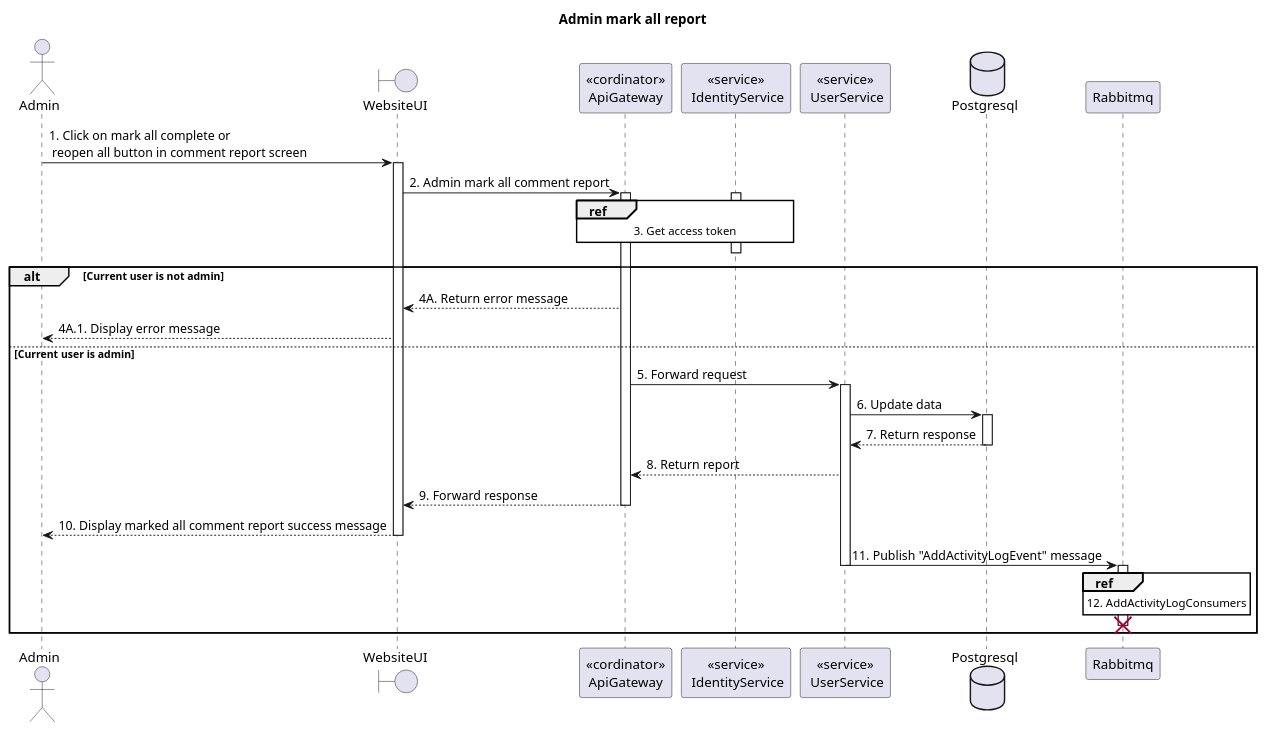
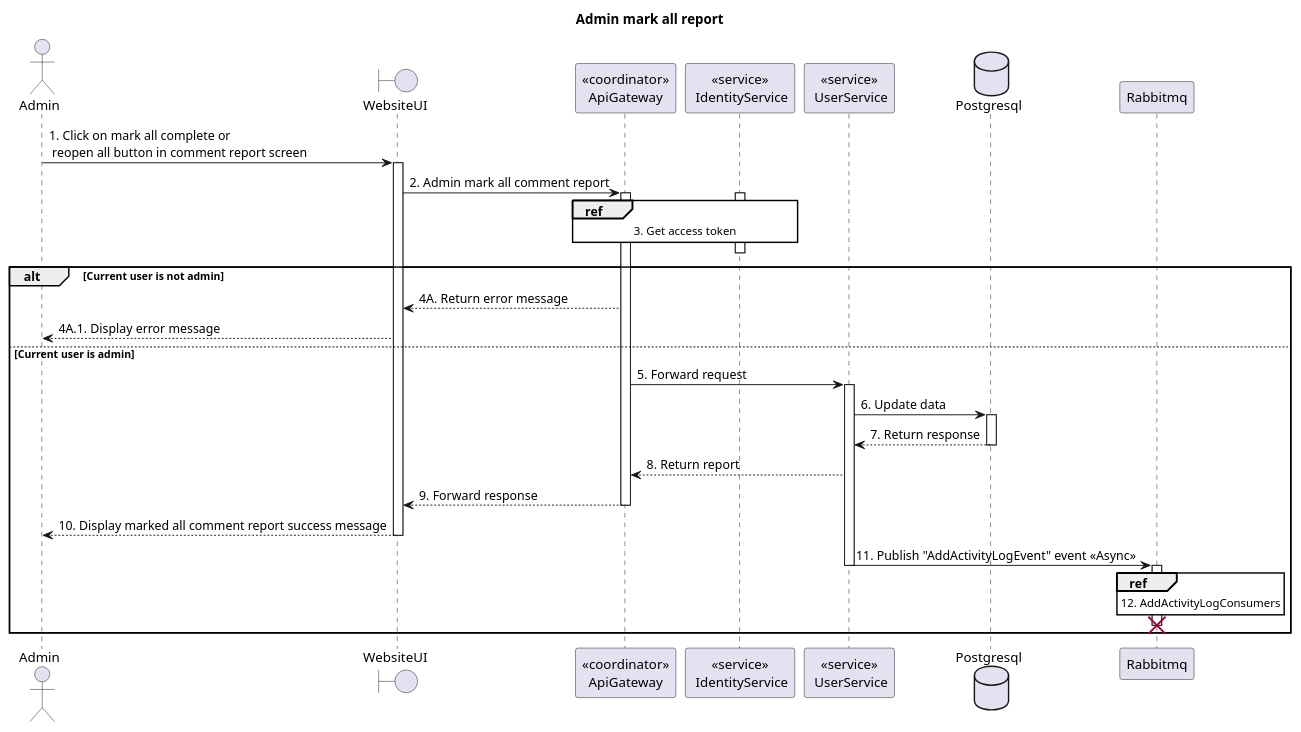
The diagram in doc/SDS/Recipe/Admin/Admin mark all comment report/Sequence.plantuml (Carl-Johnsons/tastopia), drawn with PlantUML before and after one commit. The commit also changed 62 other files, not shown here.

Commit message:
doc: fix squence diagram

```diff
--- a/doc/SDS/Recipe/Admin/Admin mark all comment report/Sequence.plantuml
+++ b/doc/SDS/Recipe/Admin/Admin mark all comment report/Sequence.plantuml
@@ -1,45 +1,45 @@
 @startuml Sequence
 title "Admin mark all report"
 
 ' Style section
 <style>
   sequenceDiagram {
     reference {
       BackGroundColor white
     }
 }
 </style>
 
 actor Admin
 boundary WebsiteUI
-participant "<<cordinator>>\nApiGateway" as ApiGateway
+participant "<<coordinator>>\nApiGateway" as ApiGateway
 participant "<<service>>\n IdentityService" as IdentityService
 participant "<<service>>\n UserService" as UserService
 database Postgresql
 
 Admin -> WebsiteUI ++: 1. Click on mark all complete or \n reopen all button in comment report screen
 WebsiteUI -> ApiGateway ++: 2. Admin mark all comment report
 
 activate IdentityService
 ref over ApiGateway, IdentityService: 3. Get access token
 ApiGateway -[hidden]-> IdentityService
 deactivate IdentityService
 
 alt Current user is not admin
     WebsiteUI <-- ApiGateway: 4A. Return error message
     Admin <-- WebsiteUI: 4A.1. Display error message
 else Current user is admin
     ApiGateway -> UserService ++: 5. Forward request
     UserService -> Postgresql++: 6. Update data
     UserService <-- Postgresql--: 7. Return response
     ApiGateway <-- UserService: 8. Return report
     WebsiteUI <-- ApiGateway--: 9. Forward response
     Admin <-- WebsiteUI--: 10. Display marked all comment report success message
-    UserService -> Rabbitmq: 11. Publish "AddActivityLogEvent" message 
+    UserService -> Rabbitmq: 11. Publish "AddActivityLogEvent" event <<Async>>
     deactivate UserService
     activate Rabbitmq
     ref over Rabbitmq: 12. AddActivityLogConsumers
     Rabbitmq -[hidden]> 
     destroy Rabbitmq
 end alt
 @enduml
```
